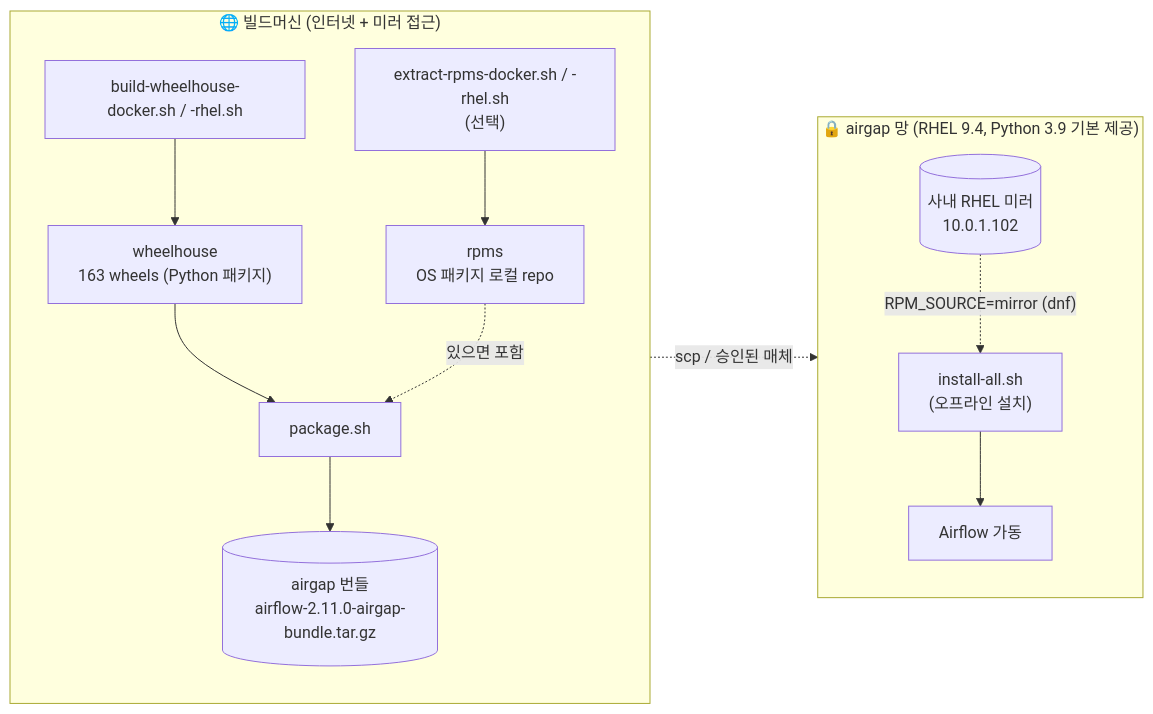
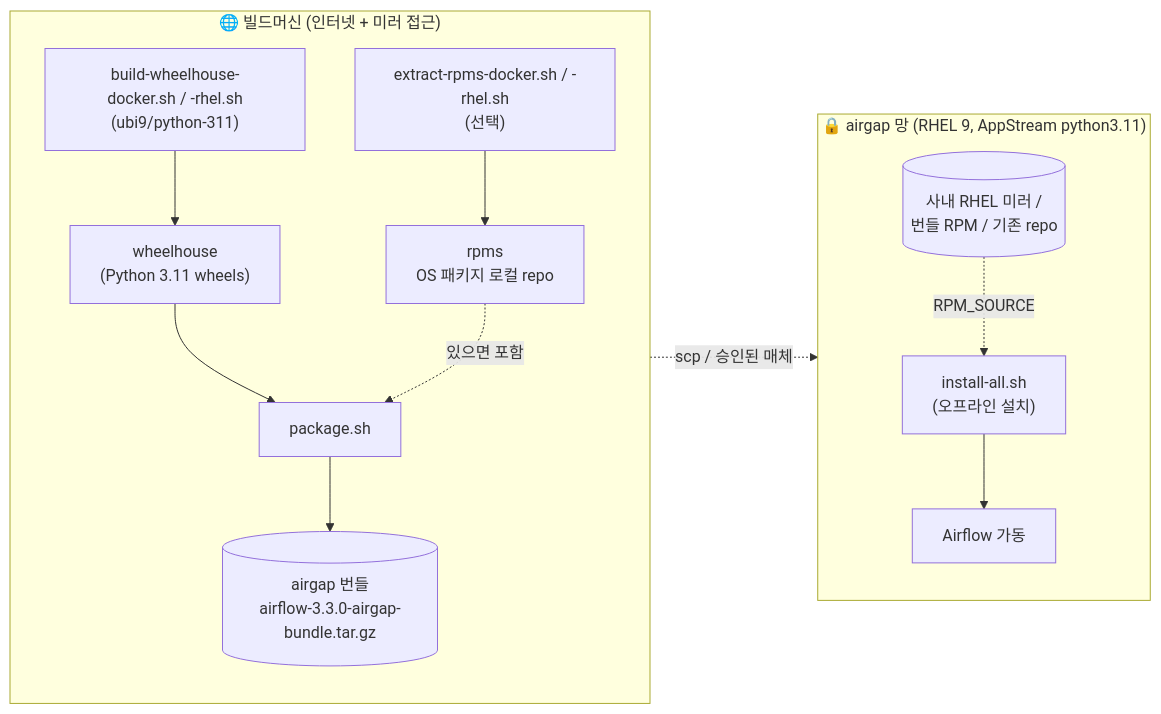
The first of 4 diagrams in README.md (DataDynamics/airflow-installation), drawn with Mermaid before and after one commit. The commit also changed other lines of this file and 18 other files, not shown here.

First line of the commit message:
Upgrade to Airflow 3.3.0 on python3.11 (api-server/dag-processor/JWT architecture)

````diff
--- a/README.md
+++ b/README.md
@@ -16,19 +18,19 @@
 ```mermaid
 flowchart LR
   subgraph BUILD["🌐 빌드머신 (인터넷 + 미러 접근)"]
     direction TB
-    A["build-wheelhouse-docker.sh / -rhel.sh"] --> B["wheelhouse<br/>163 wheels (Python 패키지)"]
+    A["build-wheelhouse-docker.sh / -rhel.sh<br/>(ubi9/python-311)"] --> B["wheelhouse<br/>(Python 3.11 wheels)"]
     A2["extract-rpms-docker.sh / -rhel.sh<br/>(선택)"] --> B2["rpms<br/>OS 패키지 로컬 repo"]
     B --> C["package.sh"]
     B2 -. "있으면 포함" .-> C
-    C --> D[("airgap 번들<br/>airflow-2.11.0-airgap-bundle.tar.gz")]
+    C --> D[("airgap 번들<br/>airflow-3.3.0-airgap-bundle.tar.gz")]
   end
 
   D -. "scp / 승인된 매체" .-> E
 
-  subgraph AIR["🔒 airgap 망 (RHEL 9.4, Python 3.9 기본 제공)"]
+  subgraph AIR["🔒 airgap 망 (RHEL 9, AppStream python3.11)"]
     direction TB
-    M[("사내 RHEL 미러<br/>10.0.1.102")] -. "RPM_SOURCE=mirror (dnf)" .-> E
+    M[("사내 RHEL 미러 /<br/>번들 RPM / 기존 repo")] -. "RPM_SOURCE" .-> E
     E["install-all.sh<br/>(오프라인 설치)"] --> F["Airflow 가동"]
   end
 ```
````
